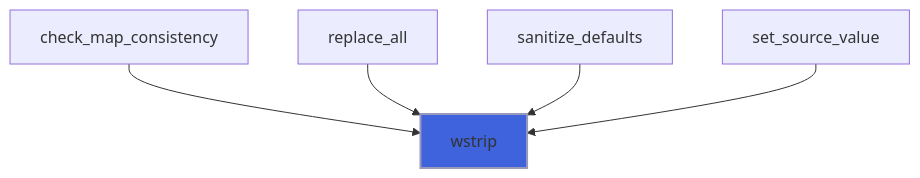
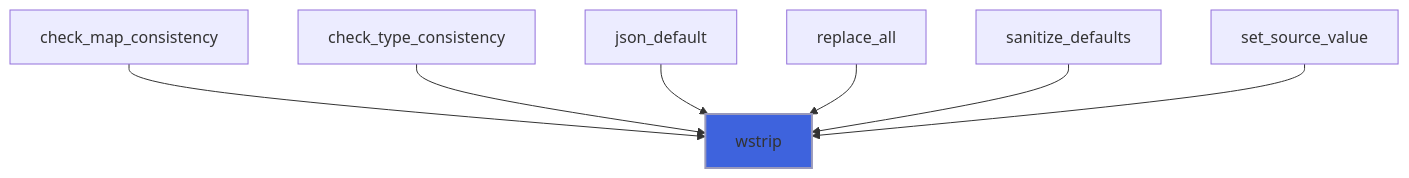
One commit to szaghi/FLAP changed diagram 23 of 23 in docs/api/src/lib/flap_utils_m.md. Above: the diagram before and after it, drawn with Mermaid. The commit also changed other lines of this file and 22 other files, not shown here.

````diff
--- a/docs/api/src/lib/flap_utils_m.md
+++ b/docs/api/src/lib/flap_utils_m.md
@@ -686,8 +837,10 @@
 ```mermaid
 flowchart TD
   check_map_consistency["check_map_consistency"] --> wstrip["wstrip"]
+  check_type_consistency["check_type_consistency"] --> wstrip["wstrip"]
+  json_default["json_default"] --> wstrip["wstrip"]
   replace_all["replace_all"] --> wstrip["wstrip"]
   sanitize_defaults["sanitize_defaults"] --> wstrip["wstrip"]
   set_source_value["set_source_value"] --> wstrip["wstrip"]
   style wstrip fill:#3e63dd,stroke:#99b,stroke-width:2px
 ```
````
